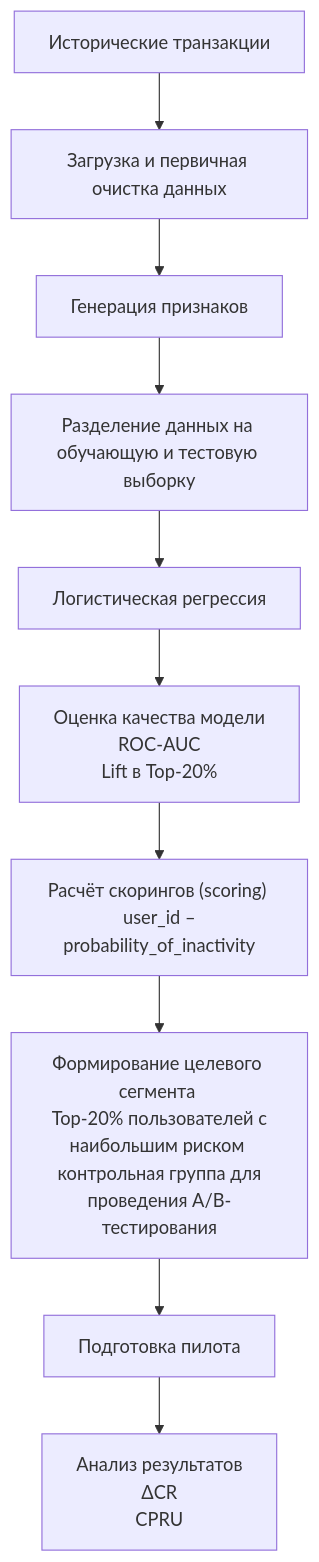
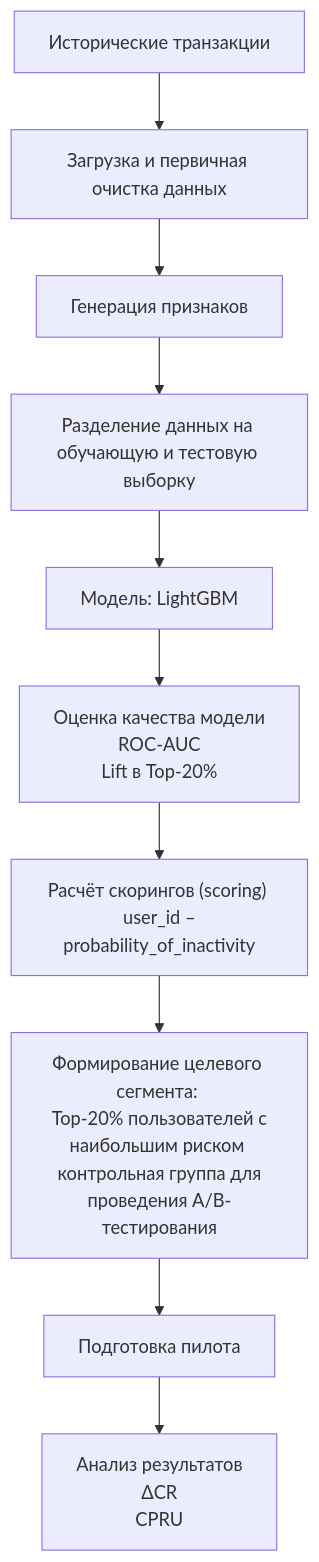
Before and after one commit to ualumi/T25--4m_MLOps: the diagram in ML_System_Design_Doc.md, drawn with Mermaid.

````diff
--- a/ML_System_Design_Doc.md
+++ b/ML_System_Design_Doc.md
@@ -229,20 +229,20 @@
 ```mermaid
 flowchart TB
 A["Исторические транзакции"] --> B["Загрузка и первичная очистка данных"]
 
 B --> C["Генерация признаков"]
 
 C --> D["Разделение данных на обучающую и тестовую выборку"]
 
-D --> E["Логистическая регрессия"]
+D --> E["Модель: LightGBM"]
 
 E --> F["Оценка качества модели <br/> ROC-AUC <br/> Lift в Top-20%"]
 
 F --> G["Расчёт скорингов (scoring) <br/> user_id – probability_of_inactivity"]
 
-G --> H["Формирование целевого сегмента <br/> Top-20% пользователей с наибольшим риском <br/> контрольная группа для проведения A/B-тестирования"]
+G --> H["Формирование целевого сегмента: <br/> Top-20% пользователей с наибольшим риском <br/> контрольная группа для проведения A/B-тестирования"]
 
 H --> J["Подготовка пилота"]
 J --> K["Анализ результатов <br/> ΔCR <br/> CPRU"]
 
 ```
````
